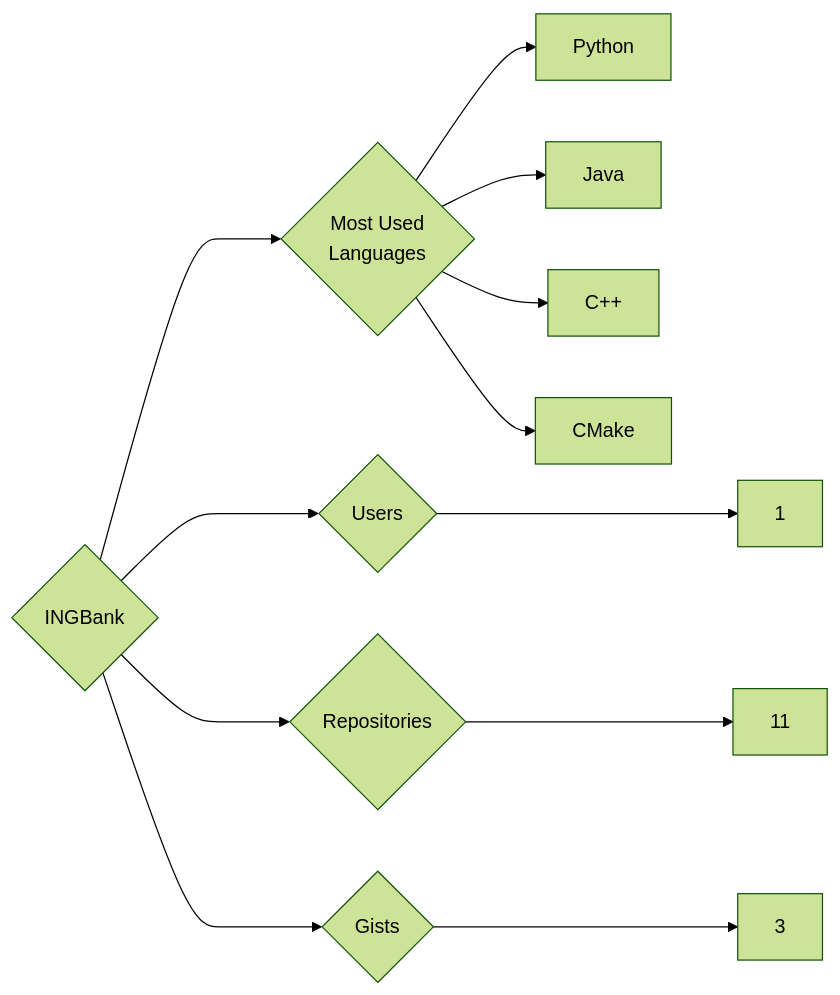
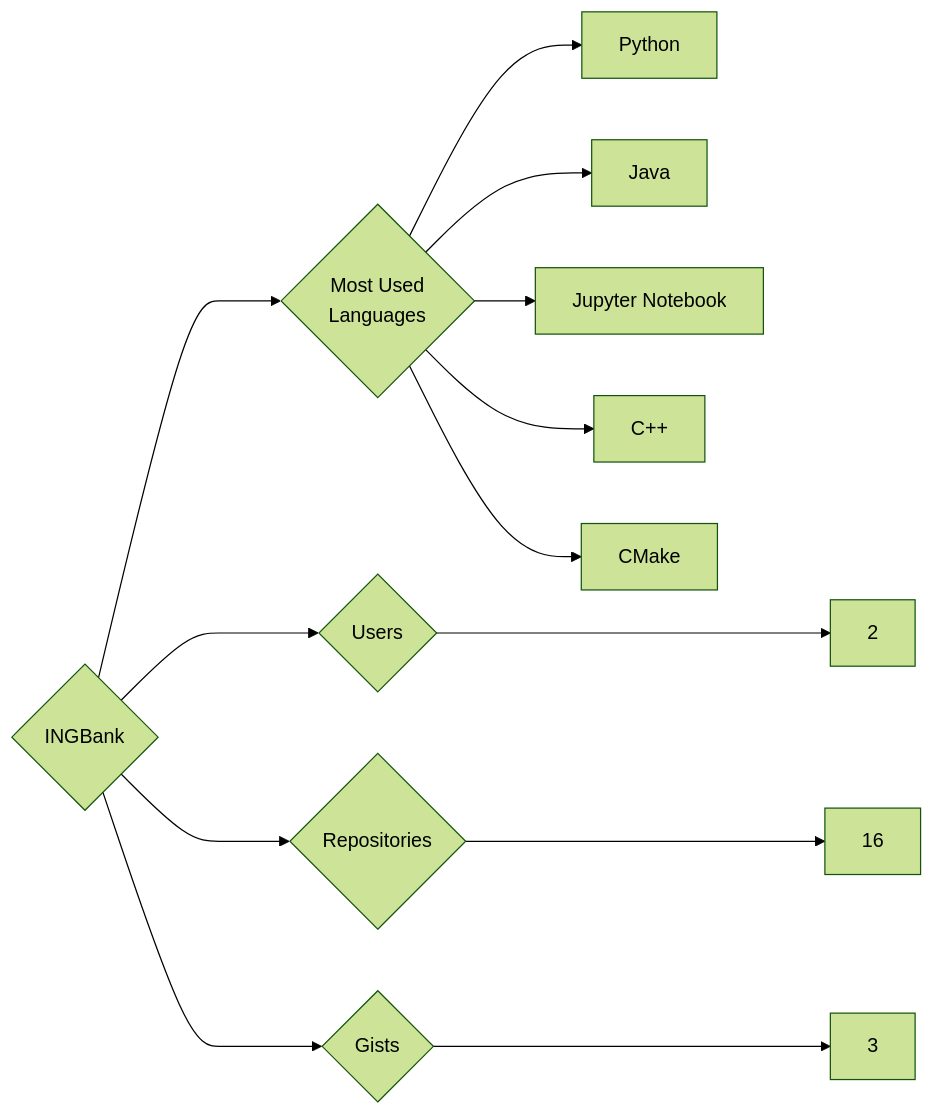
Before and after one commit to trickest/insiders: the diagram in targets/INGBank/README.md, drawn with Mermaid (forest theme). The commit also changed 985 other files, not shown here.

````diff
--- a/targets/INGBank/README.md
+++ b/targets/INGBank/README.md
@@ -3,12 +3,13 @@
 ```mermaid
 graph LR
 COMPANY_NAME{INGBank}
-COMPANY_NAME ---> U{Users} ---> UN[1]
-COMPANY_NAME ---> R{Repositories} ---> RN[11]
+COMPANY_NAME ---> U{Users} ---> UN[2]
+COMPANY_NAME ---> R{Repositories} ---> RN[16]
 COMPANY_NAME ---> G{Gists} ---> GN[3]
 COMPANY_NAME ---> ML{Most Used<br>Languages}
 ML --> Python[Python]
 ML --> Java[Java]
+ML --> Jupyter_Notebook[Jupyter Notebook]
 ML --> C++[C++]
 ML --> CMake[CMake]
 ```
````
